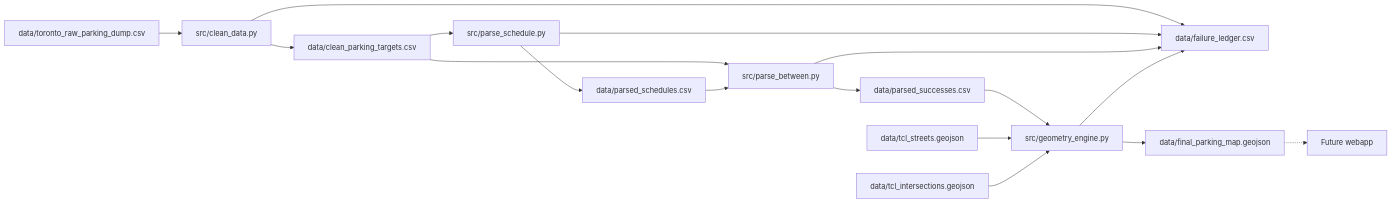
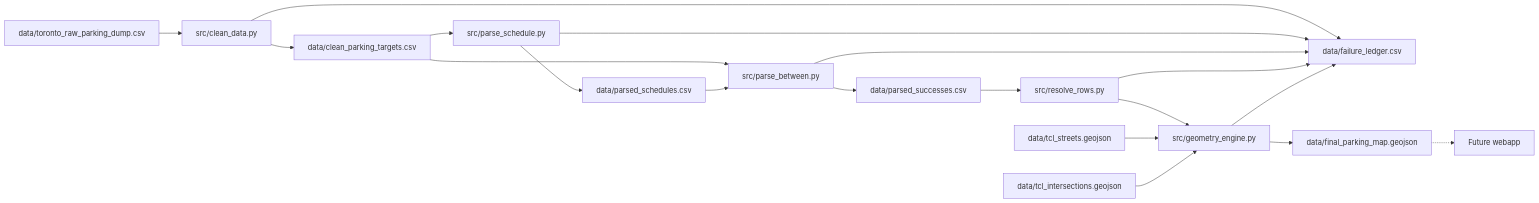
Before and after one commit to JoeHershkie/parkking-pipeline: the diagram in docs/README.md, drawn with Mermaid. The commit also changed other lines of this file and 23 other files, not shown here.

````diff
--- a/docs/README.md
+++ b/docs/README.md
@@ -23,31 +23,34 @@
 ```mermaid
 flowchart LR
   raw[data/toronto_raw_parking_dump.csv]
   clean[src/clean_data.py]
   targets[data/clean_parking_targets.csv]
   parseSched[src/parse_schedule.py]
   schedules[data/parsed_schedules.csv]
   parse[src/parse_between.py]
+  resolve[src/resolve_rows.py]
   success[data/parsed_successes.csv]
   ledger[data/failure_ledger.csv]
   geo[src/geometry_engine.py]
   tclStreets[data/tcl_streets.geojson]
   tclX[data/tcl_intersections.geojson]
   map[data/final_parking_map.geojson]
   webapp[Future webapp]
 
   raw --> clean --> targets
   targets --> parseSched --> schedules
   targets --> parse
   schedules --> parse
   parse --> success
+  success --> resolve
+  resolve --> geo
   clean --> ledger
   parseSched --> ledger
   parse --> ledger
-  success --> geo
+  resolve --> ledger
   tclStreets --> geo
   tclX --> geo
   geo --> ledger
   geo --> map
   map -.-> webapp
 ```
````
